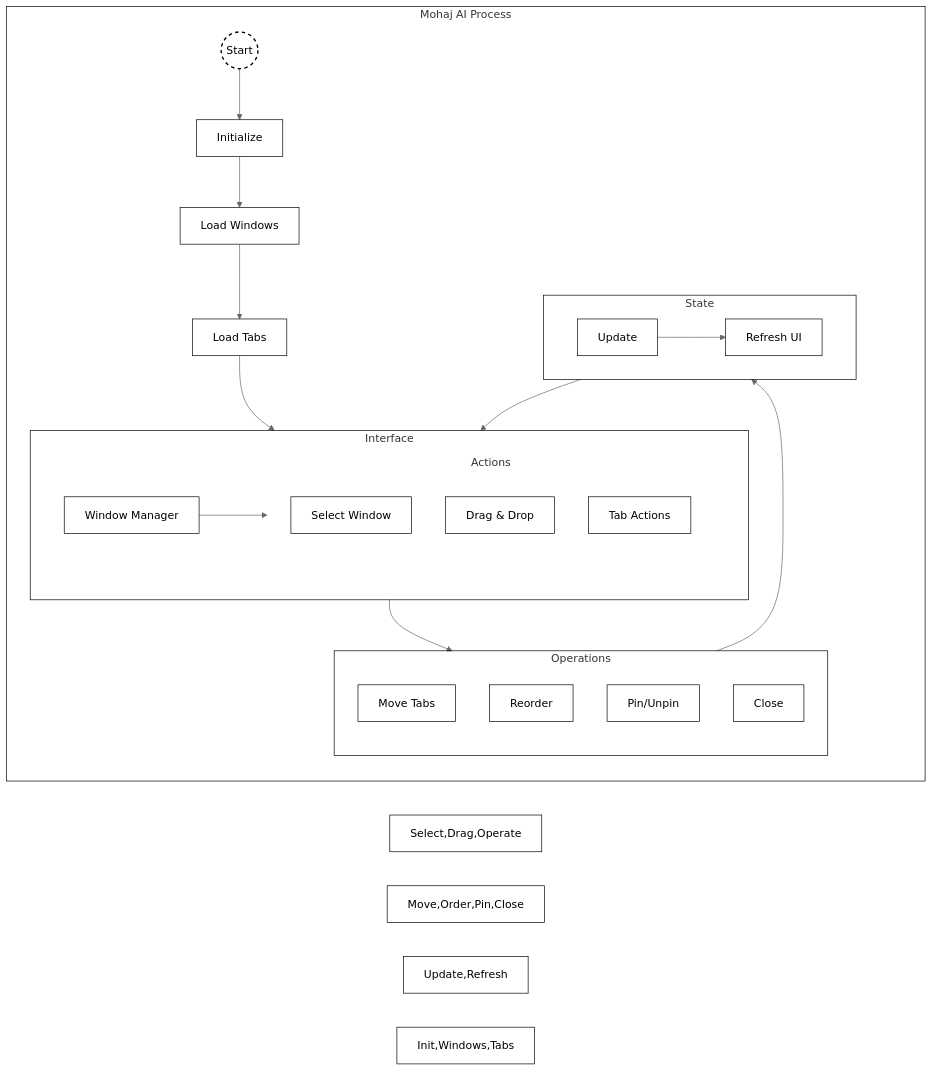
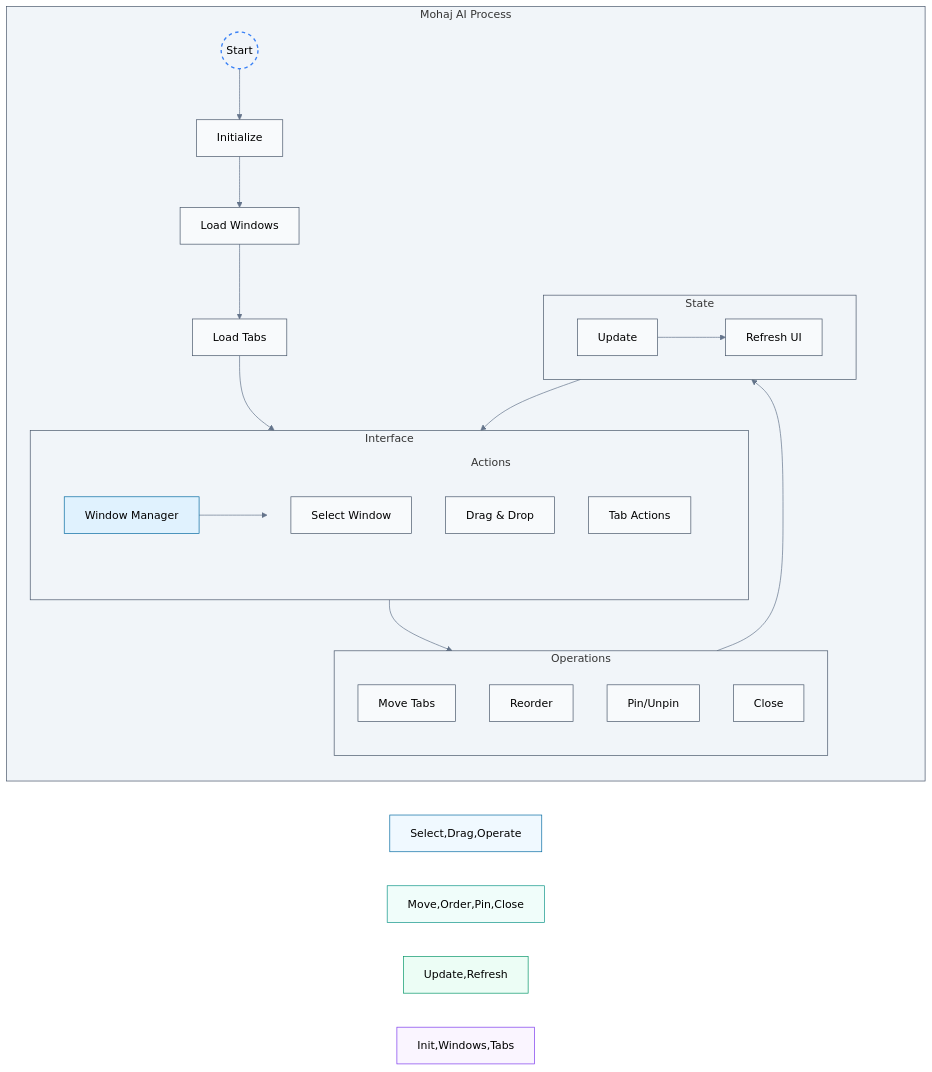
One commit to moelhaj996/AI-Powered-Tab-Manager-Organizer changed the diagram in README.md. Above: the diagram before and after it, drawn with Mermaid (neutral theme).

````diff
--- a/README.md
+++ b/README.md
@@ -5,62 +5,65 @@
 ```mermaid
 flowchart LR
     %% Main Process Container
     subgraph Process[" Mohaj AI Process "]
         direction TB
         
         %% Core Flow
         Start((Start)) --> Init["Initialize"]
         Init --> Windows["Load Windows"]
         Windows --> Tabs["Load Tabs"]
         
         %% Interface Layer
         subgraph UI[" Interface "]
             direction LR
             Manager["Window Manager"] --> Actions
             subgraph Actions
                 direction TB
                 Select["Select Window"] 
                 Drag["Drag & Drop"]
                 Operate["Tab Actions"]
             end
         end
         
         %% Operations Layer
         subgraph Ops[" Operations "]
             direction TB
             Move["Move Tabs"]
             Order["Reorder"]
             Pin["Pin/Unpin"]
             Close["Close"]
         end
         
         %% State Layer
         subgraph State[" State "]
             direction LR
             Update["Update"] --> Refresh["Refresh UI"]
         end
         
         %% Connections
         Tabs --> Manager
         Actions --> Ops
         Ops --> Update
         Refresh --> Manager
     end
     
     %% Styling
-    classDef default fill:white,stroke:#000,stroke-width:1px
-    classDef container fill:none,stroke:#000,stroke-width:1px
-    classDef start fill:none,stroke:#000,stroke-width:2px,stroke-dasharray: 5 5
+    classDef default fill:#f8fafc,stroke:#475569,stroke-width:1px
+    classDef container fill:#f1f5f9,stroke:#475569,stroke-width:1px
+    classDef start fill:#f1f5f9,stroke:#3b82f6,stroke-width:2px,stroke-dasharray: 5 5
     
     %% Apply styles
     class Start start
     class Process,UI,Ops,State container
     
-    %% Node styles
-    style Manager fill:white,stroke:#000,stroke-width:1px
+    %% Node styles - Enhanced colors for better visibility
+    style Manager fill:#e0f2fe,stroke:#0369a1,stroke-width:1px
     style Actions fill:none,stroke:none
-    style Select,Drag,Operate fill:white,stroke:#000,stroke-width:1px
-    style Move,Order,Pin,Close fill:white,stroke:#000,stroke-width:1px
-    style Update,Refresh fill:white,stroke:#000,stroke-width:1px
-    style Init,Windows,Tabs fill:white,stroke:#000,stroke-width:1px
+    style Select,Drag,Operate fill:#f0f9ff,stroke:#0369a1,stroke-width:1px
+    style Move,Order,Pin,Close fill:#f0fdfa,stroke:#0d9488,stroke-width:1px
+    style Update,Refresh fill:#ecfdf5,stroke:#059669,stroke-width:1px
+    style Init,Windows,Tabs fill:#faf5ff,stroke:#7c3aed,stroke-width:1px
+
+    %% Link styles
+    linkStyle default stroke:#64748b,stroke-width:1px
 ```
````
